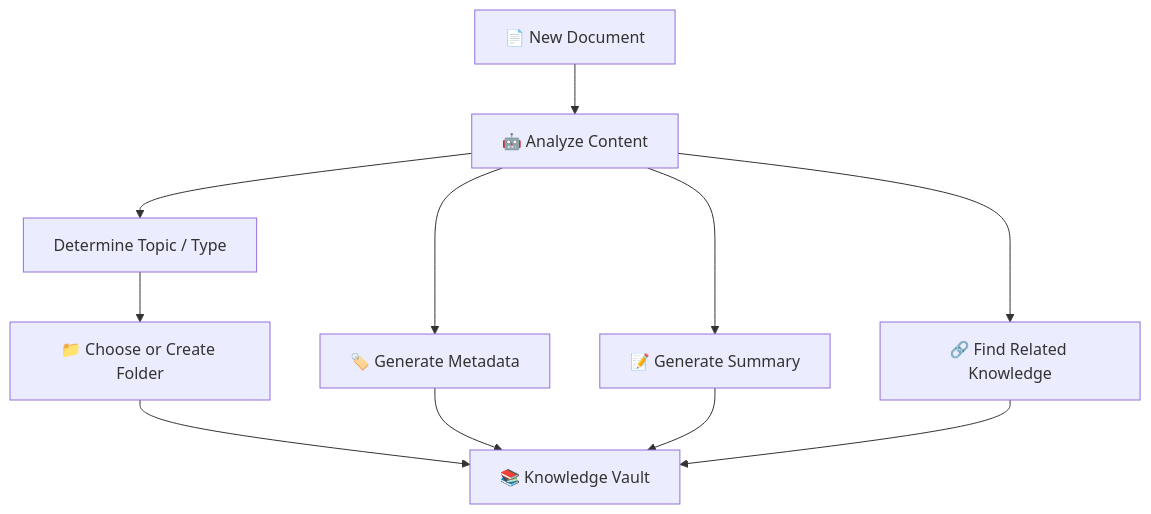
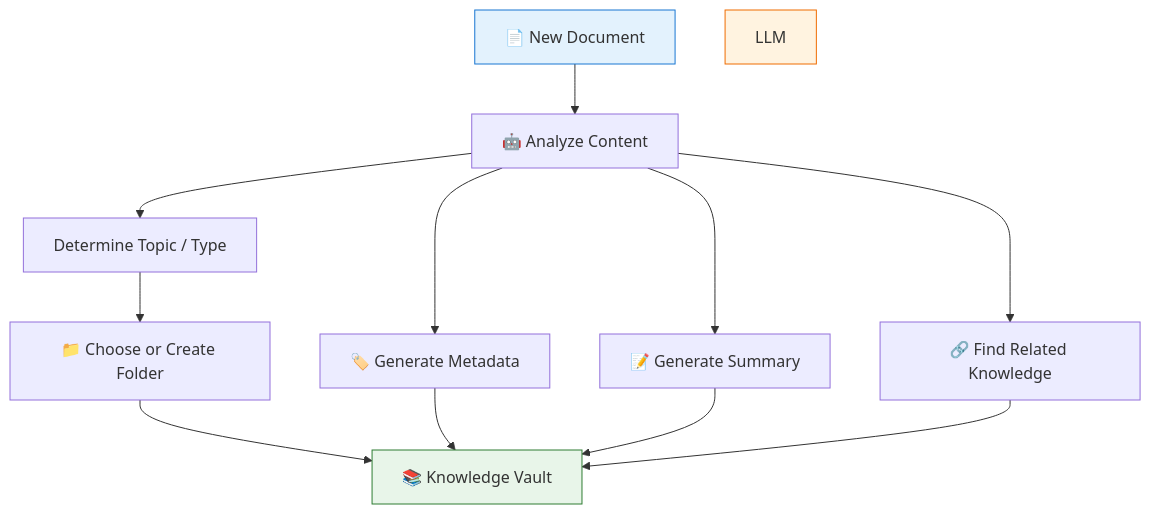
One commit to Amie-dev/FDE-and-GenAI-Mastery changed the second of 9 diagrams in Lecture 18 - Vectorless RAG and LLM Wiki/notes/04_llm_wiki_librarian_architecture.md. Above: the diagram before and after it, drawn with Mermaid. The commit also changed other lines of this file and 6 other files, not shown here.

````diff
--- a/Lecture 18 - Vectorless RAG and LLM Wiki/notes/04_llm_wiki_librarian_architecture.md
+++ b/Lecture 18 - Vectorless RAG and LLM Wiki/notes/04_llm_wiki_librarian_architecture.md
@@ -157,22 +165,26 @@
 ```mermaid
 flowchart TD
 
     NEW["📄 New Document"]
 
     NEW --> ANALYZE["🤖 Analyze Content"]
 
     ANALYZE --> TYPE["Determine Topic / Type"]
 
     TYPE --> FOLDER["📁 Choose or Create Folder"]
 
     ANALYZE --> META["🏷️ Generate Metadata"]
 
     ANALYZE --> SUMMARY["📝 Generate Summary"]
 
     ANALYZE --> REL["🔗 Find Related Knowledge"]
 
     FOLDER --> VAULT["📚 Knowledge Vault"]
     META --> VAULT
     SUMMARY --> VAULT
     REL --> VAULT
+
+    style NEW fill:#e3f2fd,stroke:#1976d2
+    style LLM fill:#fff3e0,stroke:#ef6c00
+    style VAULT fill:#e8f5e9,stroke:#2e7d32
 ```
````
